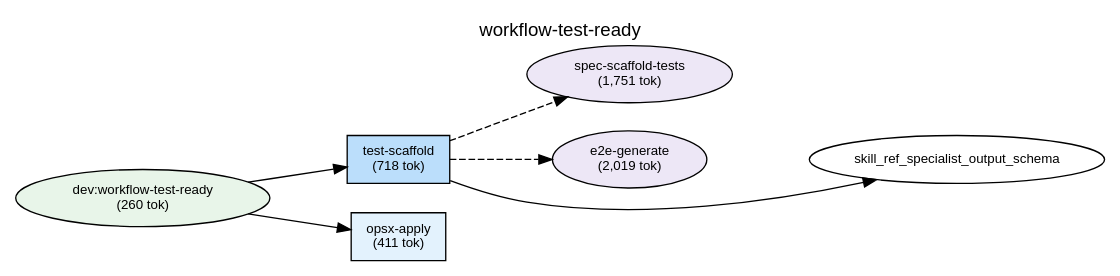
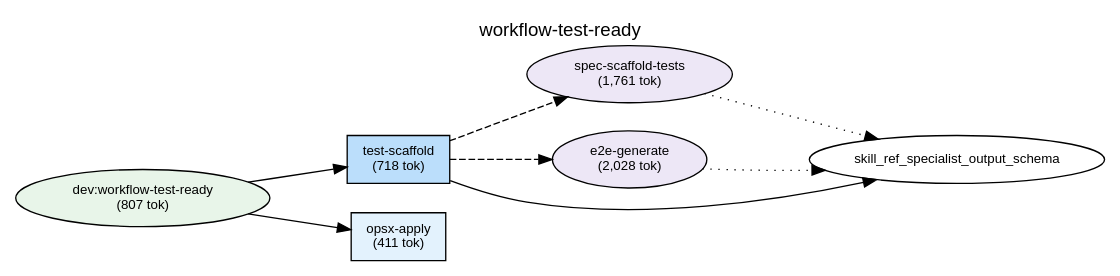
Before and after one commit to shuu5/twill: the diagram in plugins/dev/docs/deps-workflow-test-ready.dot, drawn with Graphviz. The commit also changed 28 other files, not shown here.

```diff
--- a/plugins/dev/docs/deps-workflow-test-ready.dot
+++ b/plugins/dev/docs/deps-workflow-test-ready.dot
@@ -1,53 +1,55 @@
 digraph Dependencies {
     // Graph settings
     rankdir=LR;
     ranksep=0.8;
     nodesep=0.3;
     fontname="Helvetica";
     node [fontname="Helvetica", fontsize=10];
     edge [fontname="Helvetica", fontsize=9];
     label="workflow-test-ready";
     labelloc=t;
     fontsize=14;
 
     // L0: Controller Skills
 
     // L0: Launchers
 
     // L0.5: Workflow Skills
-    skill_workflow_test_ready [label="dev:workflow-test-ready\n(260 tok)", shape=ellipse, style=filled, fillcolor="#e8f5e9"];
+    skill_workflow_test_ready [label="dev:workflow-test-ready\n(807 tok)", shape=ellipse, style=filled, fillcolor="#e8f5e9"];
 
     // Reference Skills
 
     // L1: Direct Commands
     cmd_opsx_apply [label="opsx-apply\n(411 tok)", shape=box, style=filled, fillcolor="#e3f2fd"];
     cmd_test_scaffold [label="test-scaffold\n(718 tok)", shape=box, style=filled, fillcolor="#bbdefb"];
 
     // L2: Sub Commands
 
     // L3: Agents
-    agent_spec_scaffold_tests [label="spec-scaffold-tests\n(1,751 tok)", shape=ellipse, style=filled, fillcolor="#ede7f6"];
-    agent_e2e_generate [label="e2e-generate\n(2,019 tok)", shape=ellipse, style=filled, fillcolor="#ede7f6"];
+    agent_spec_scaffold_tests [label="spec-scaffold-tests\n(1,761 tok)", shape=ellipse, style=filled, fillcolor="#ede7f6"];
+    agent_e2e_generate [label="e2e-generate\n(2,028 tok)", shape=ellipse, style=filled, fillcolor="#ede7f6"];
 
     // L3.5: Scripts
 
     // L4: External
 
     // Layer constraints
     { rank=same; skill_workflow_test_ready; }
     { rank=same; cmd_opsx_apply; cmd_test_scaffold; }
     { rank=same; agent_spec_scaffold_tests; agent_e2e_generate; }
 
     // Edges
     skill_workflow_test_ready -> cmd_test_scaffold;
     skill_workflow_test_ready -> cmd_opsx_apply;
     cmd_test_scaffold -> agent_spec_scaffold_tests [style=dashed];
     cmd_test_scaffold -> agent_e2e_generate [style=dashed];
     cmd_test_scaffold -> skill_ref_specialist_output_schema;
+    agent_spec_scaffold_tests -> skill_ref_specialist_output_schema [style=dotted];
+    agent_e2e_generate -> skill_ref_specialist_output_schema [style=dotted];
 
     // Ordering constraints (invisible edges)
     cmd_test_scaffold -> cmd_opsx_apply [style=invis, weight=10];
     agent_spec_scaffold_tests -> agent_e2e_generate [style=invis, weight=10];
     agent_e2e_generate -> skill_ref_specialist_output_schema [style=invis, weight=10];
 
 }
```
